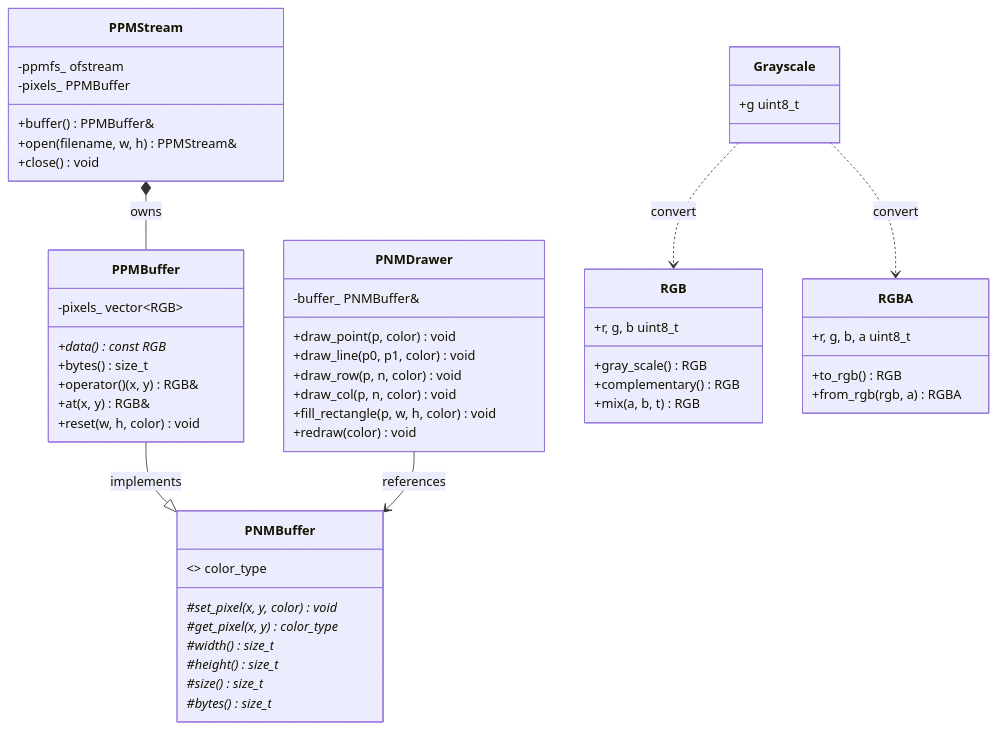
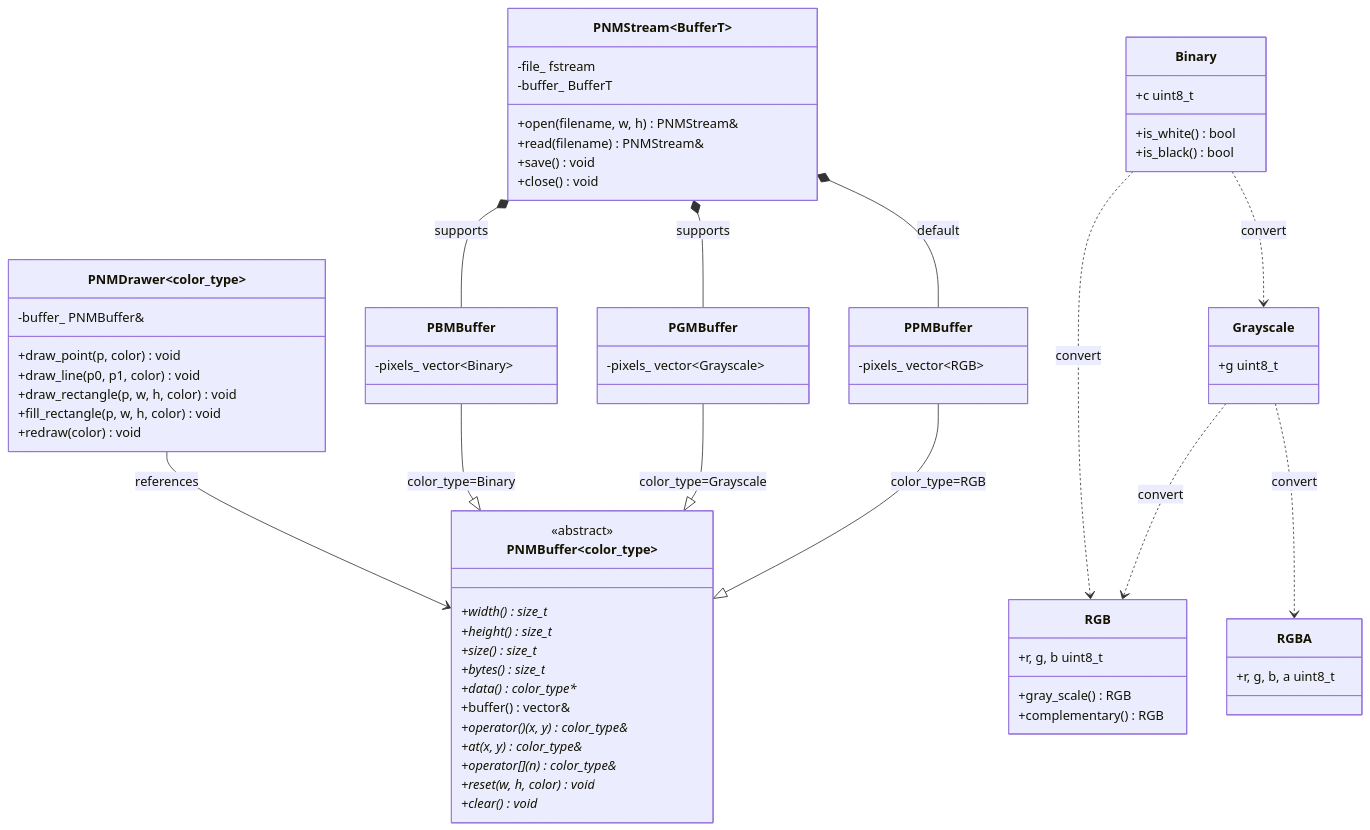
Before and after one commit to iLogIng/PPMStreamer: the diagram in README.md, drawn with Mermaid. The commit also changed other lines of this file and 2 other files, not shown here.

````diff
--- a/README.md
+++ b/README.md
@@ -40,64 +46,76 @@
 ```mermaid
 classDiagram
     direction TB
 
-    class PNMBuffer {
-        <<abstract>> color_type
-        #set_pixel(x, y, color) void*
-        #get_pixel(x, y) color_type*
-        #width() size_t*
-        #height() size_t*
-        #size() size_t*
-        #bytes() size_t*
+    class PNMBuffer~color_type~ {
+        <<abstract>>
+        +width() size_t*
+        +height() size_t*
+        +size() size_t*
+        +bytes() size_t*
+        +data() color_type**
+        +buffer() vector&
+        +operator()(x, y) color_type&*
+        +at(x, y) color_type&*
+        +operator[](n) color_type&*
+        +reset(w, h, color) void*
+        +clear() void*
     }
 
     class PPMBuffer {
         -pixels_ vector~RGB~
-        +data() const RGB*
-        +bytes() size_t
-        +operator()(x, y) RGB&
-        +at(x, y) RGB&
-        +reset(w, h, color) void
+    }
+    class PGMBuffer {
+        -pixels_ vector~Grayscale~
+    }
+    class PBMBuffer {
+        -pixels_ vector~Binary~
     }
 
-    class PNMDrawer {
+    class PNMStream~BufferT~ {
+        -file_ fstream
+        -buffer_ BufferT
+        +open(filename, w, h) PNMStream&
+        +read(filename) PNMStream&
+        +save() void
+        +close() void
+    }
+
+    class PNMDrawer~color_type~ {
         -buffer_ PNMBuffer&
         +draw_point(p, color) void
         +draw_line(p0, p1, color) void
-        +draw_row(p, n, color) void
-        +draw_col(p, n, color) void
+        +draw_rectangle(p, w, h, color) void
         +fill_rectangle(p, w, h, color) void
         +redraw(color) void
-    }
-
-    class PPMStream {
-        -ppmfs_ ofstream
-        -pixels_ PPMBuffer
-        +buffer() PPMBuffer&
-        +open(filename, w, h) PPMStream&
-        +close() void
     }
 
     class RGB {
         +r, g, b uint8_t
         +gray_scale() RGB
         +complementary() RGB
-        +mix(a, b, t) RGB
     }
-
     class RGBA {
         +r, g, b, a uint8_t
-        +to_rgb() RGB
-        +from_rgb(rgb, a) RGBA
     }
-
     class Grayscale {
         +g uint8_t
     }
+    class Binary {
+        +c uint8_t
+        +is_white() bool
+        +is_black() bool
+    }
 
-    PPMBuffer --|> PNMBuffer : implements
+    PPMBuffer --|> PNMBuffer~RGB~ : color_type=RGB
+    PGMBuffer --|> PNMBuffer~Grayscale~ : color_type=Grayscale
+    PBMBuffer --|> PNMBuffer~Binary~ : color_type=Binary
+    PNMStream *-- PPMBuffer : default
+    PNMStream *-- PGMBuffer : supports
+    PNMStream *-- PBMBuffer : supports
     PNMDrawer --> PNMBuffer : references
-    PPMStream *-- PPMBuffer : owns
-    Grayscale ..> RGB  : convert
+    Grayscale ..> RGB : convert
     Grayscale ..> RGBA : convert
+    Binary ..> Grayscale : convert
+    Binary ..> RGB : convert
 ```
````
